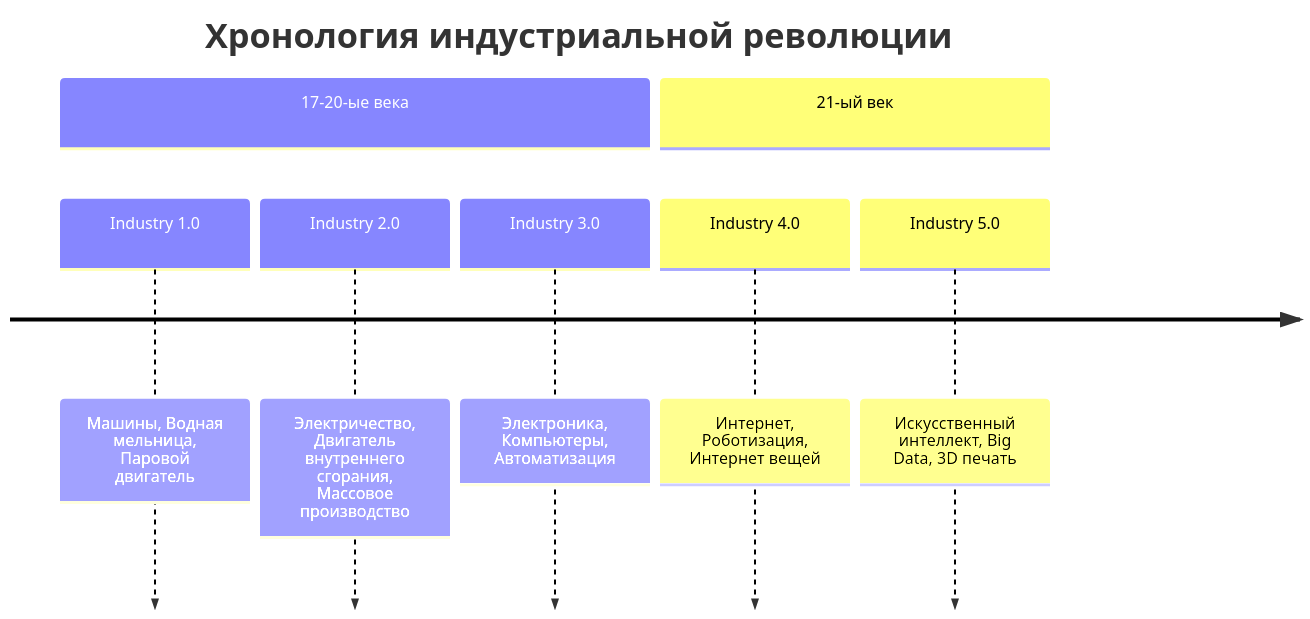
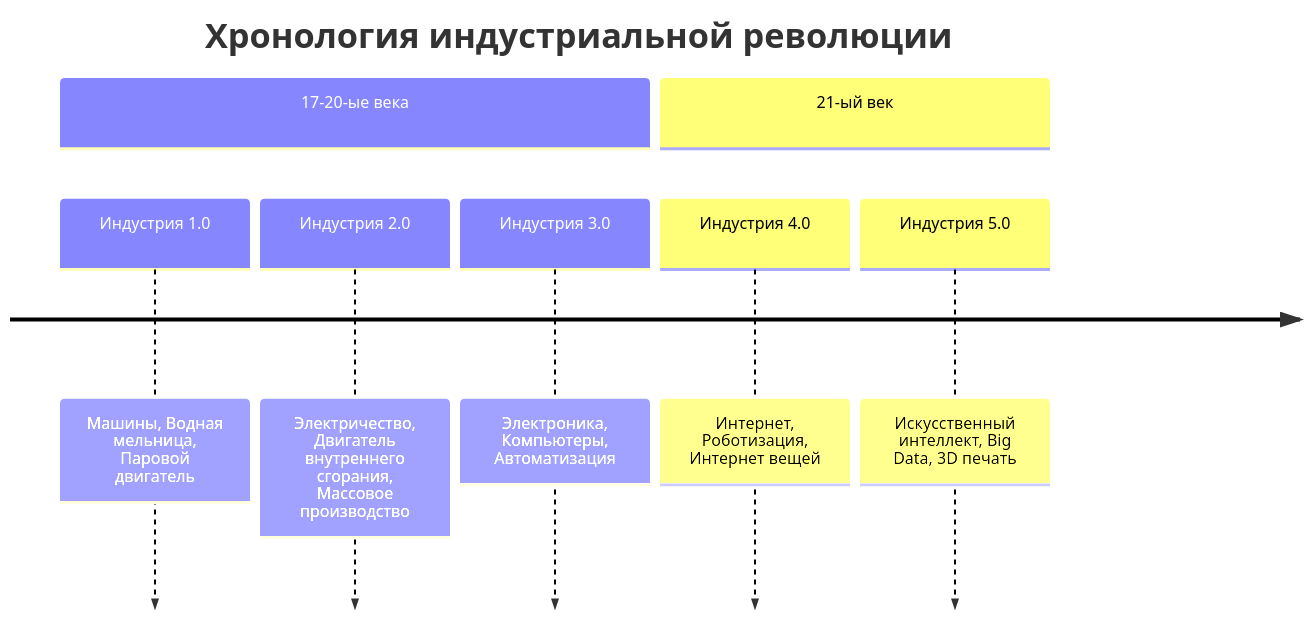
Before and after one commit to wanderer-00/MarkDown: the ninth of 14 diagrams in mermaid.md, drawn with Mermaid.

````diff
--- a/mermaid.md
+++ b/mermaid.md
@@ -126,11 +126,11 @@
 ```mermaid
 timeline
     title Хронология индустриальной революции
     section 17-20-ые века
-        Industry 1.0 : Машины, Водная мельница, Паровой двигатель
-        Industry 2.0 : Электричество, Двигатель внутреннего сгорания, Массовое производство
-        Industry 3.0 : Электроника, Компьютеры, Автоматизация
+        Индустрия 1.0 : Машины, Водная мельница, Паровой двигатель
+        Индустрия 2.0 : Электричество, Двигатель внутреннего сгорания, Массовое производство
+        Индустрия 3.0 : Электроника, Компьютеры, Автоматизация
     section 21-ый век
-        Industry 4.0 : Интернет, Роботизация, Интернет вещей
-        Industry 5.0 : Искусственный интеллект, Big Data, 3D печать
+        Индустрия 4.0 : Интернет, Роботизация, Интернет вещей
+        Индустрия 5.0 : Искусственный интеллект, Big Data, 3D печать
 ```
````
